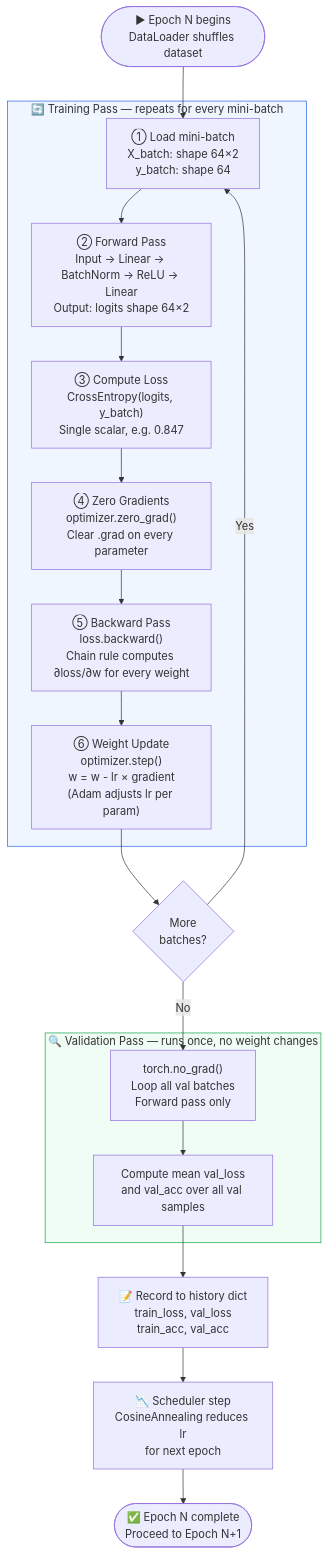
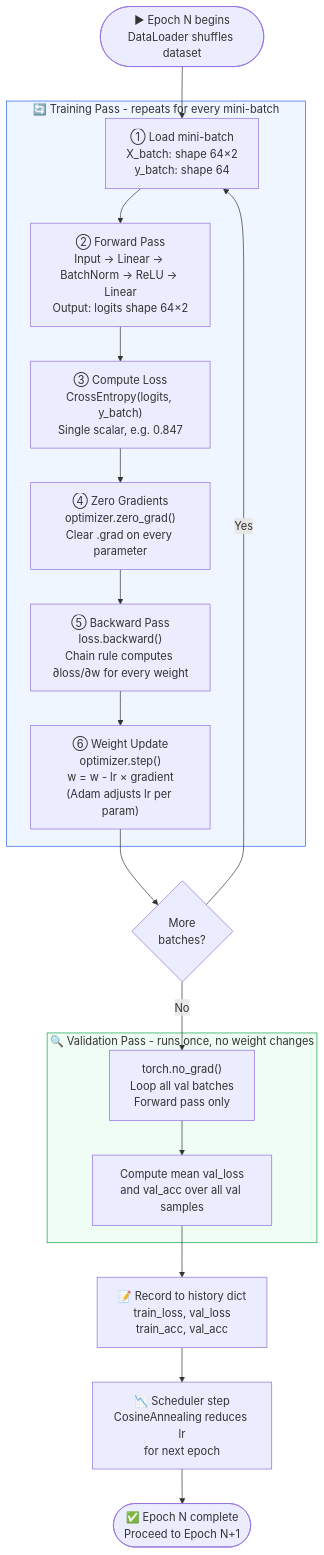
The first of 13 diagrams in README.md (hkevin01/epochs-demo), drawn with Mermaid before and after one commit. The commit also changed other lines of this file, not shown here.

````diff
--- a/README.md
+++ b/README.md
@@ -83,29 +83,29 @@
 ```mermaid
 flowchart TD
     A([▶ Epoch N begins\nDataLoader shuffles dataset]) --> B
 
-    subgraph TRAIN ["🔄 Training Pass — repeats for every mini-batch"]
+    subgraph TRAIN ["🔄 Training Pass  -  repeats for every mini-batch"]
         B["① Load mini-batch\nX_batch: shape 64×2\ny_batch: shape 64"] --> C
         C["② Forward Pass\nInput → Linear → BatchNorm → ReLU → Linear\nOutput: logits shape 64×2"] --> D
         D["③ Compute Loss\nCrossEntropy(logits, y_batch)\nSingle scalar, e.g. 0.847"] --> E
         E["④ Zero Gradients\noptimizer.zero_grad()\nClear .grad on every parameter"] --> F
         F["⑤ Backward Pass\nloss.backward()\nChain rule computes ∂loss/∂w for every weight"] --> G
         G["⑥ Weight Update\noptimizer.step()\nw = w - lr × gradient\n(Adam adjusts lr per param)"]
     end
 
     G --> H{More\nbatches?}
     H -->|Yes| B
     H -->|No| I
 
-    subgraph VAL ["🔍 Validation Pass — runs once, no weight changes"]
+    subgraph VAL ["🔍 Validation Pass  -  runs once, no weight changes"]
         I["torch.no_grad()\nLoop all val batches\nForward pass only"] --> J
         J["Compute mean val_loss\nand val_acc over all val samples"]
     end
 
     J --> K["📝 Record to history dict\ntrain_loss, val_loss\ntrain_acc, val_acc"]
     K --> L["📉 Scheduler step\nCosineAnnealing reduces lr\nfor next epoch"]
     L --> M([✅ Epoch N complete\nProceed to Epoch N+1])
 
     style TRAIN fill:#EFF6FF,stroke:#2563EB
     style VAL fill:#F0FDF4,stroke:#16A34A
 ```
````
